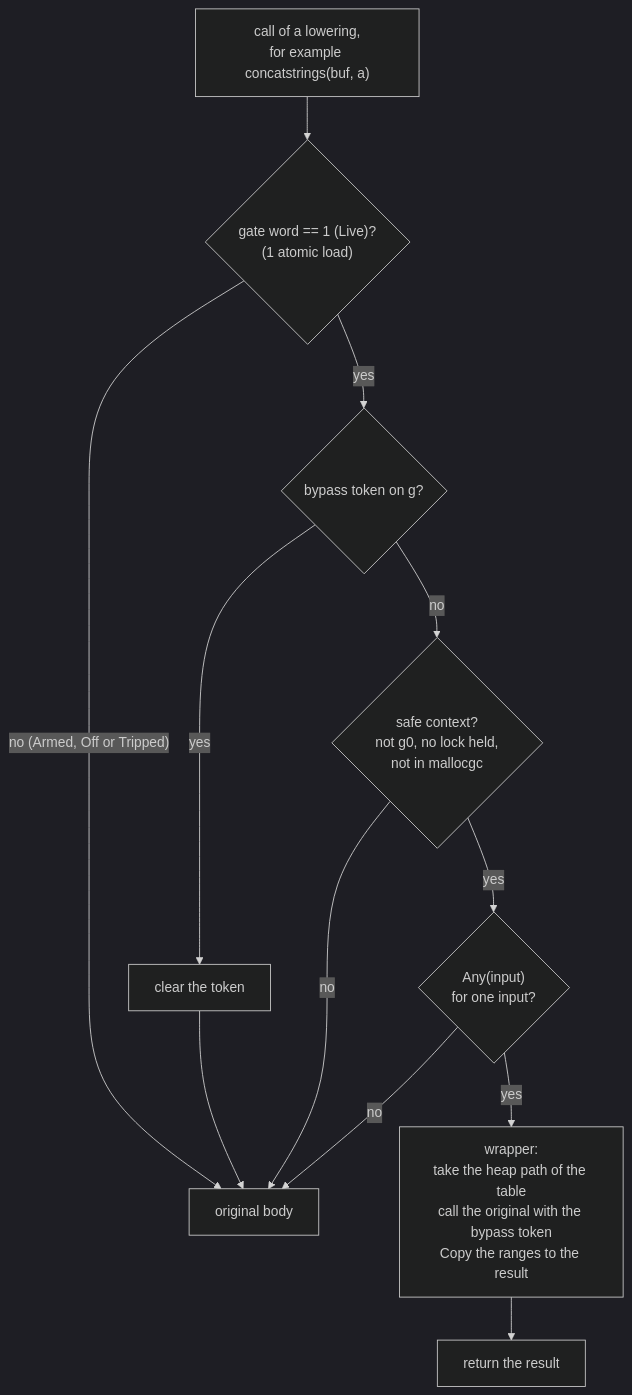
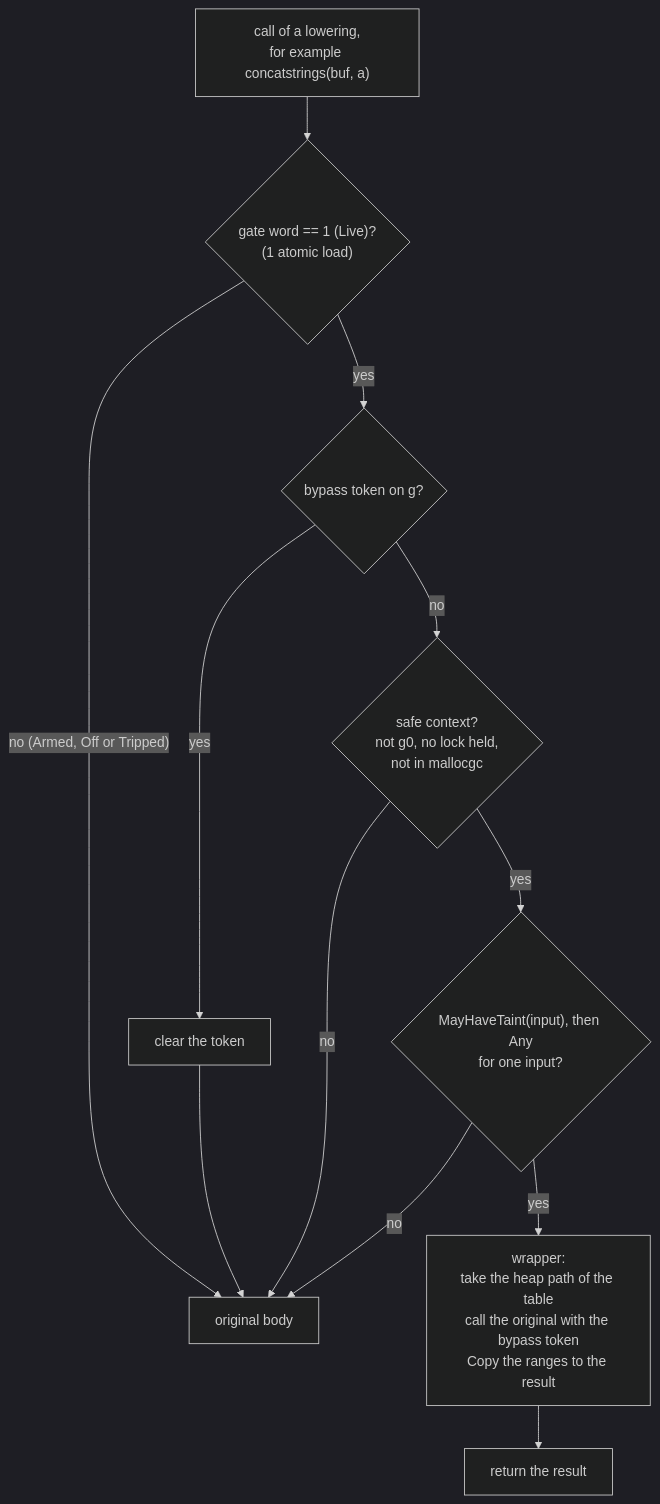
Before and after one commit to DataDog/dd-iast-go: the fourth of 7 diagrams in _docs/design/taint-tracking-v0.md, drawn with Mermaid (dark theme). The commit also changed other lines of this file, not shown here.

````diff
--- a/_docs/design/taint-tracking-v0.md
+++ b/_docs/design/taint-tracking-v0.md
@@ -802,13 +904,13 @@
 ```mermaid
 flowchart TD
   E["call of a lowering,<br/>for example concatstrings(buf, a)"] --> G{"gate word == 1 (Live)?<br/>(1 atomic load)"}
   G -- "no (Armed, Off or Tripped)" --> ORIG["original body"]
   G -- yes --> BY{"bypass token on g?"}
   BY -- yes --> CLR["clear the token"] --> ORIG
   BY -- no --> CTX{"safe context?<br/>not g0, no lock held,<br/>not in mallocgc"}
   CTX -- no --> ORIG
-  CTX -- yes --> ANY{"Any(input)<br/>for one input?"}
+  CTX -- yes --> ANY{"MayHaveTaint(input), then Any<br/>for one input?"}
   ANY -- no --> ORIG
   ANY -- yes --> WR["wrapper:<br/>take the heap path of the table<br/>call the original with the bypass token<br/>Copy the ranges to the result"]
   WR --> RET["return the result"]
 ```
````
